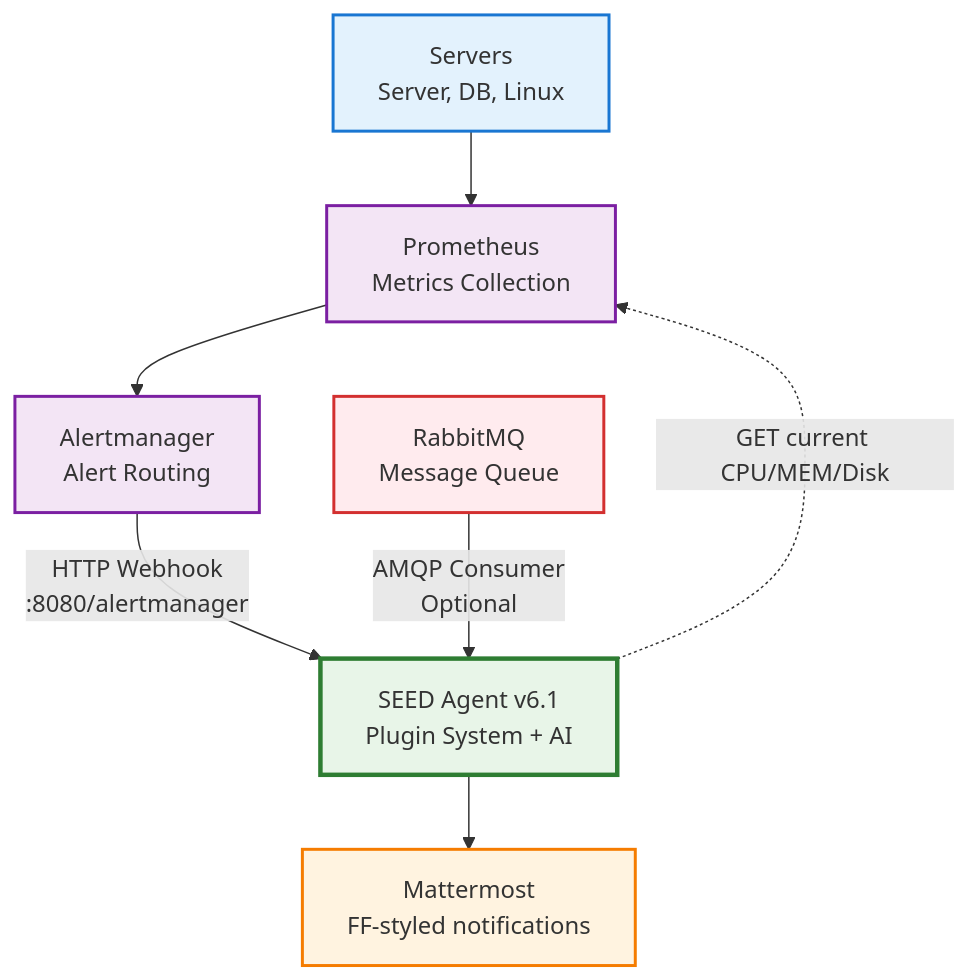
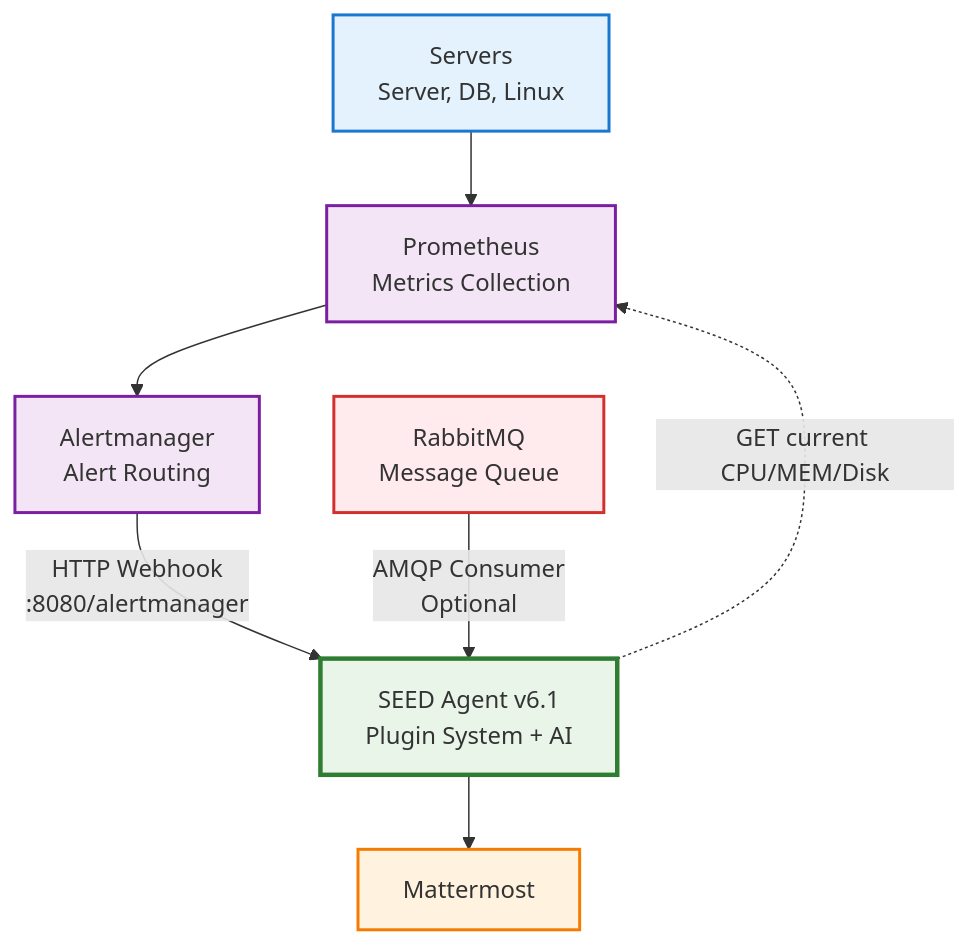
The first of 4 diagrams in mermaid_diagram.md (Genacvali/seed), drawn with Mermaid before and after one commit.

````diff
--- a/mermaid_diagram.md
+++ b/mermaid_diagram.md
@@ -5,26 +5,26 @@
 ```mermaid
 flowchart TD
     A["Servers<br/>Server, DB, Linux"] --> B["Prometheus<br/>Metrics Collection"]
     B --> C["Alertmanager<br/>Alert Routing"]
     
     %% Two input channels to SEED
     C -->|"HTTP Webhook<br/>:8080/alertmanager"| D["SEED Agent v6.1<br/>Plugin System + AI"]
     F["RabbitMQ<br/>Message Queue"] -->|"AMQP Consumer<br/>Optional"| D
     
-    D --> E["Mattermost<br/>FF-styled notifications"]
+    D --> E["Mattermost<br/>"]
     
     %% SEED queries Prometheus for current metrics to enrich alerts
     D -.->|"GET current CPU/MEM/Disk<br/>"| B
     
     classDef server fill:#e3f2fd,stroke:#1976d2,stroke-width:2px
     classDef monitor fill:#f3e5f5,stroke:#7b1fa2,stroke-width:2px  
     classDef seed fill:#e8f5e8,stroke:#2e7d32,stroke-width:3px
     classDef output fill:#fff3e0,stroke:#f57c00,stroke-width:2px
     classDef rabbit fill:#ffebee,stroke:#d32f2f,stroke-width:2px
     
     class A server
     class B,C monitor
     class D seed
     class E output
     class F rabbit
 ```
````
